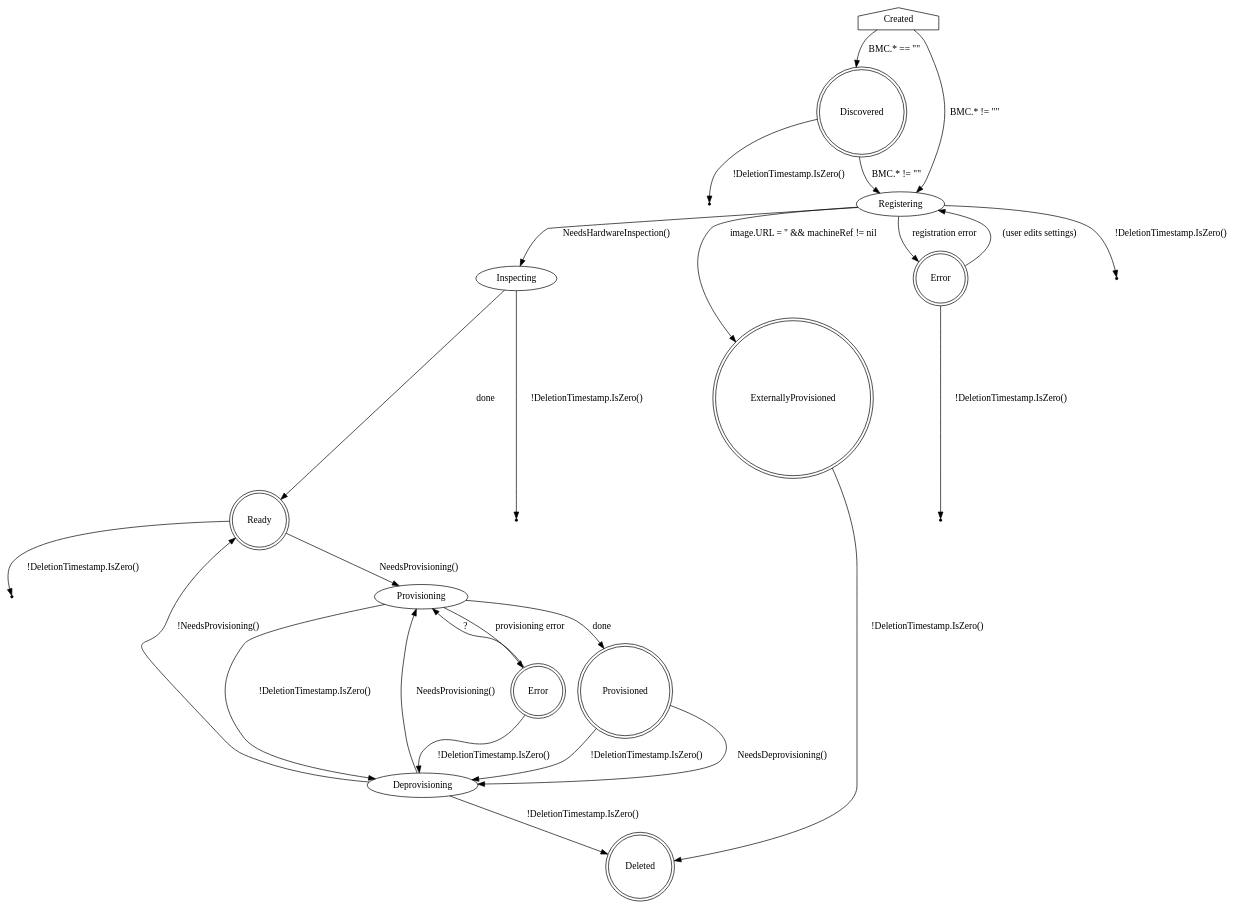
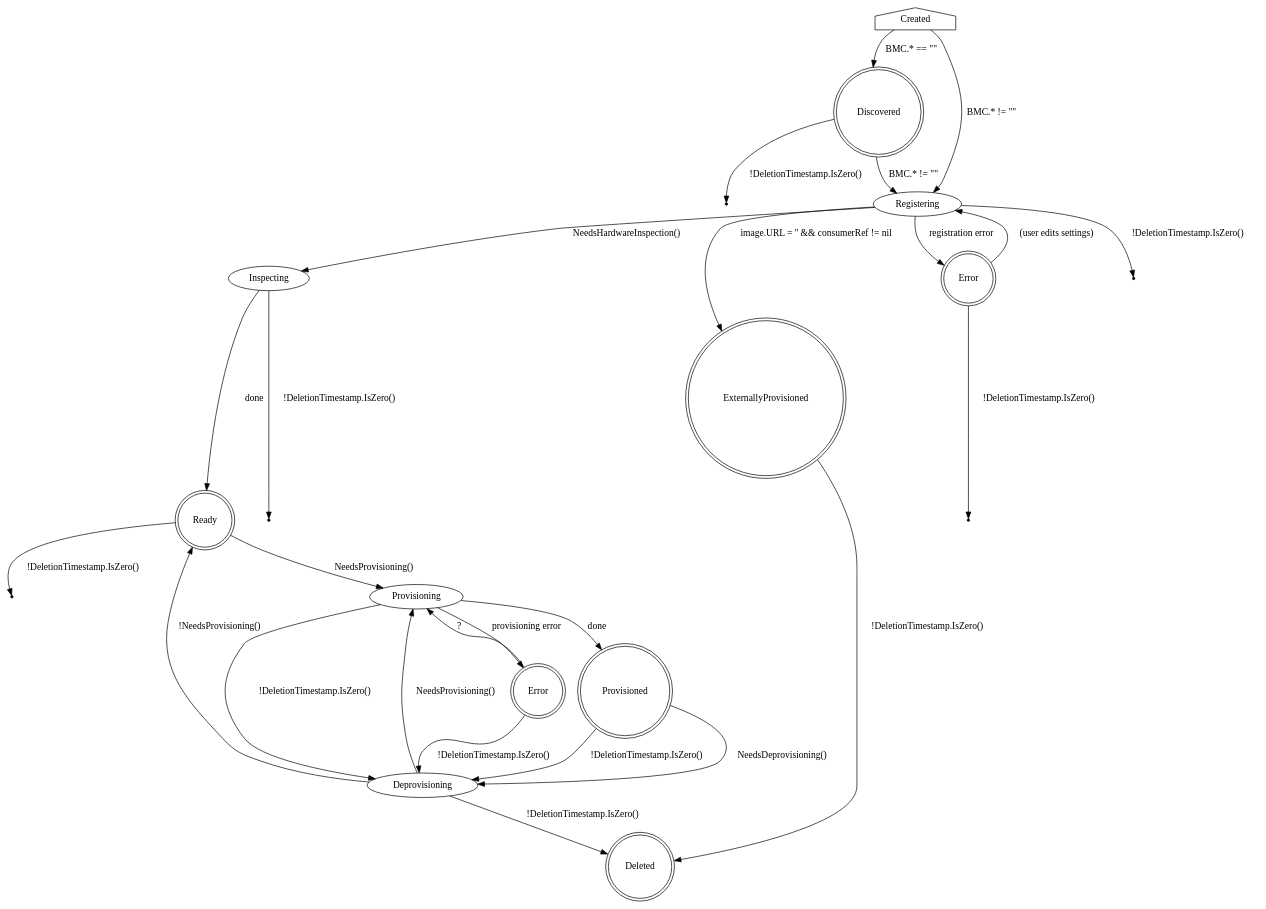
One commit to metal3-io/baremetal-operator changed the diagram in docs/BaremetalHost_ProvisioningState.dot. Above: the diagram before and after it, drawn with Graphviz. The commit also changed 1 other file, not shown here.

Commit message:
update doc references to machine ref to use consumer

```diff
--- a/docs/BaremetalHost_ProvisioningState.dot
+++ b/docs/BaremetalHost_ProvisioningState.dot
@@ -1,56 +1,56 @@
 digraph BaremetalHost {
     Created [shape=house]
     Created -> Discovered [label="BMC.* == \"\""]
     Created -> Registering [label="BMC.* != \"\""]
 
     Discovered [shape=doublecircle]
     Discovered -> Registering [label="BMC.* != \"\""]
     Discovered -> Deleted1 [label="!DeletionTimestamp.IsZero()"]
 
     Deleted1 [shape=point]
 
     Registering -> Inspecting [label="NeedsHardwareInspection()"]
-    Registering -> ExternallyProvisioned [label="image.URL = '' && machineRef != nil"]
+    Registering -> ExternallyProvisioned [label="image.URL = '' && consumerRef != nil"]
     Registering -> RegistrationError [shape=doublecircle label="registration error"]
     Registering -> Deleted2 [label="!DeletionTimestamp.IsZero()"]
 
     Deleted2 [shape=point]
 
     Inspecting -> Ready [label="done"]
     Inspecting -> Deleted3 [label="!DeletionTimestamp.IsZero()"]
 
     Deleted3 [shape=point]
 
     RegistrationError [shape=doublecircle label="Error"]
     RegistrationError -> Registering [label="(user edits settings)"]
     RegistrationError -> Deleted4 [label="!DeletionTimestamp.IsZero()"]
 
     Deleted4 [shape=point]
 
     Ready [shape=doublecircle]
     Ready -> Provisioning [label="NeedsProvisioning()"]
     Ready -> Deleted5 [label="!DeletionTimestamp.IsZero()"]
 
     Deleted5 [shape=point]
 
     Provisioning -> Provisioned [label=done]
     Provisioning -> ProvisioningError [label="provisioning error"]
     Provisioning -> Deprovisioning [label="!DeletionTimestamp.IsZero()"]
 
     ProvisioningError [shape=doublecircle label="Error"]
     ProvisioningError -> Provisioning [label="?"]
     ProvisioningError -> Deprovisioning [label="!DeletionTimestamp.IsZero()"]
 
     Provisioned [shape=doublecircle]
     Provisioned -> Deprovisioning [label="NeedsDeprovisioning()"]
     Provisioned -> Deprovisioning [label="!DeletionTimestamp.IsZero()"]
 
     ExternallyProvisioned [shape=doublecircle]
     ExternallyProvisioned -> Deleted [label="!DeletionTimestamp.IsZero()"]
 
     Deprovisioning -> Provisioning [label="NeedsProvisioning()"]
     Deprovisioning -> Ready [label="!NeedsProvisioning()"]
     Deprovisioning -> Deleted [label="!DeletionTimestamp.IsZero()"]
 
     Deleted [shape=doublecircle]
 }
```
